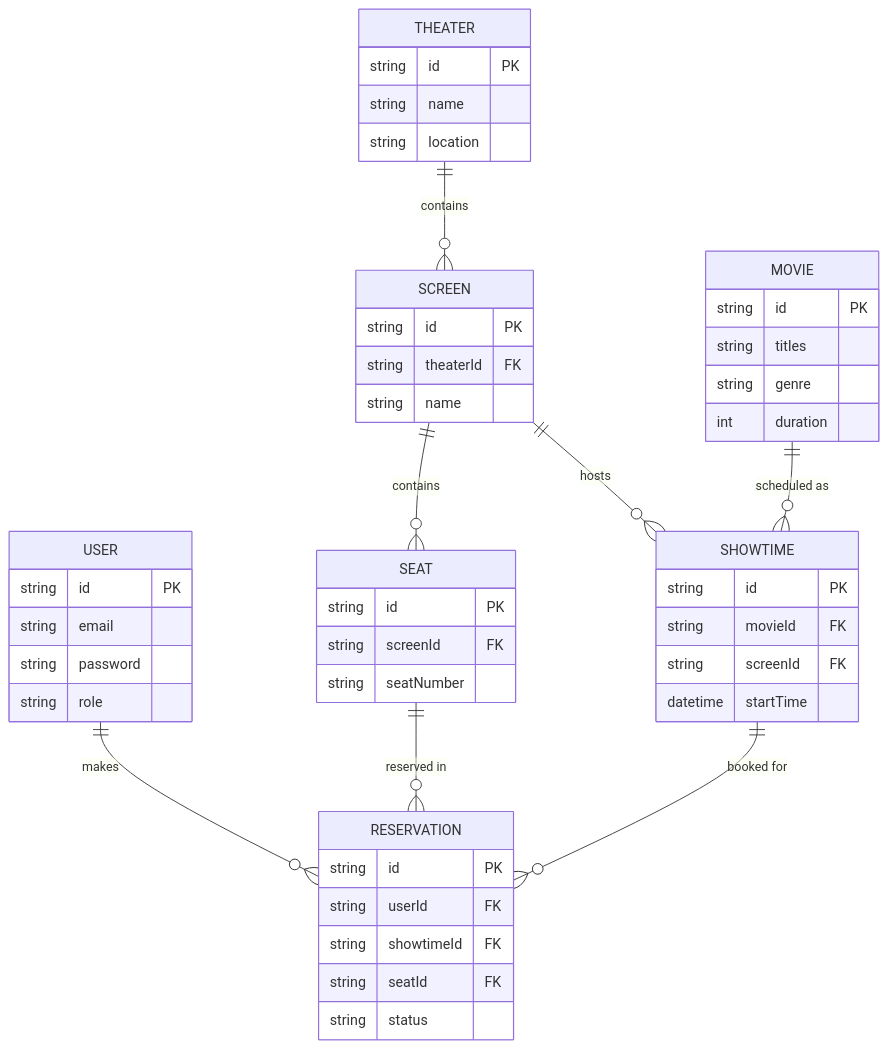
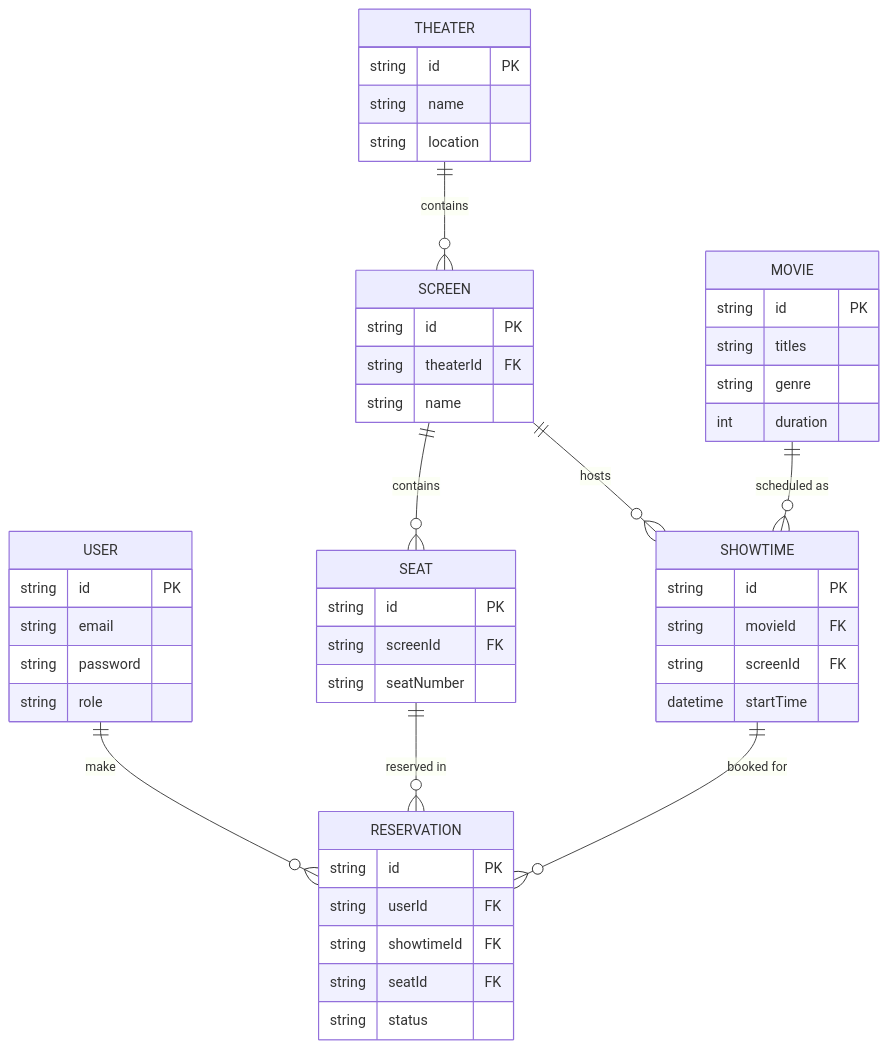
The third of 4 diagrams in README.md (Riyaban583/Movie_Reservation_System), drawn with Mermaid before and after one commit.

Commit message:
Fix typo in database schema ER diagram

````diff
--- a/README.md
+++ b/README.md
@@ -204,51 +204,51 @@
 ```mermaid
 erDiagram
-    USER ||--o{ RESERVATION : makes
+    USER ||--o{ RESERVATION : make
     THEATER ||--o{ SCREEN : contains
     SCREEN ||--o{ SEAT : contains
     SCREEN ||--o{ SHOWTIME : hosts
     MOVIE ||--o{ SHOWTIME : "scheduled as"
     SHOWTIME ||--o{ RESERVATION : "booked for"
     SEAT ||--o{ RESERVATION : "reserved in"
 
     USER {
         string id PK
         string email
         string password
         string role
     }
     MOVIE {
         string id PK
         string titles
         string genre
         int duration
     }
     THEATER {
         string id PK
         string name
         string location
     }
     SCREEN {
         string id PK
         string theaterId FK
         string name
     }
     SEAT {
         string id PK
         string screenId FK
         string seatNumber
     }
     SHOWTIME {
         string id PK
         string movieId FK
         string screenId FK
         datetime startTime
     }
     RESERVATION {
         string id PK
         string userId FK
         string showtimeId FK
         string seatId FK
         string status
     }
 ```
````
